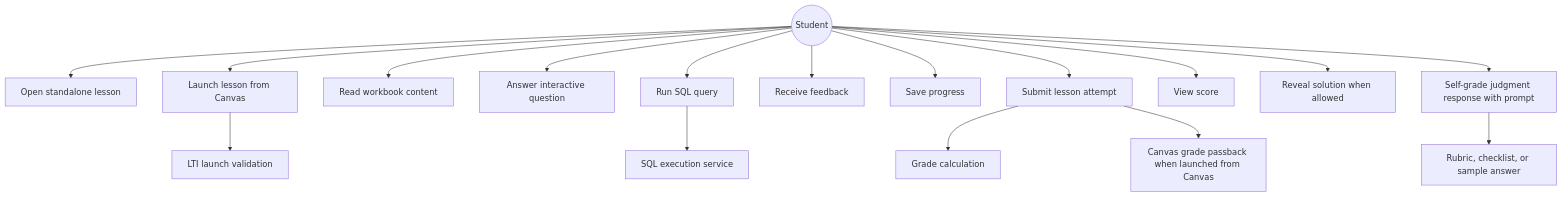
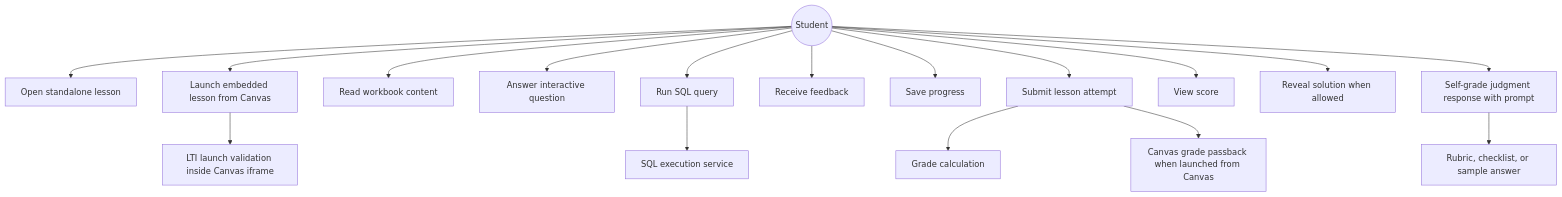
The second of 8 diagrams in docs/design/use-cases.md (learn-database/workbook-platform), drawn with Mermaid before and after one commit. The commit also changed other lines of this file and 4 other files, not shown here.

Commit message:
Document Canvas embedded LTI delivery

````diff
--- a/docs/design/use-cases.md
+++ b/docs/design/use-cases.md
@@ -24,22 +24,22 @@
 ```mermaid
 flowchart TB
     Student((Student))
 
     Student --> UC1[Open standalone lesson]
-    Student --> UC2[Launch lesson from Canvas]
+    Student --> UC2[Launch embedded lesson from Canvas]
     Student --> UC3[Read workbook content]
     Student --> UC4[Answer interactive question]
     Student --> UC5[Run SQL query]
     Student --> UC6[Receive feedback]
     Student --> UC7[Save progress]
     Student --> UC8[Submit lesson attempt]
     Student --> UC9[View score]
     Student --> UC10[Reveal solution when allowed]
     Student --> UC11[Self-grade judgment response with prompt]
 
-    UC2 --> LTI[LTI launch validation]
+    UC2 --> LTI[LTI launch validation inside Canvas iframe]
     UC5 --> SQL[SQL execution service]
     UC11 --> Prompt[Rubric, checklist, or sample answer]
     UC8 --> Grade[Grade calculation]
     UC8 --> Passback[Canvas grade passback when launched from Canvas]
 ```
````
